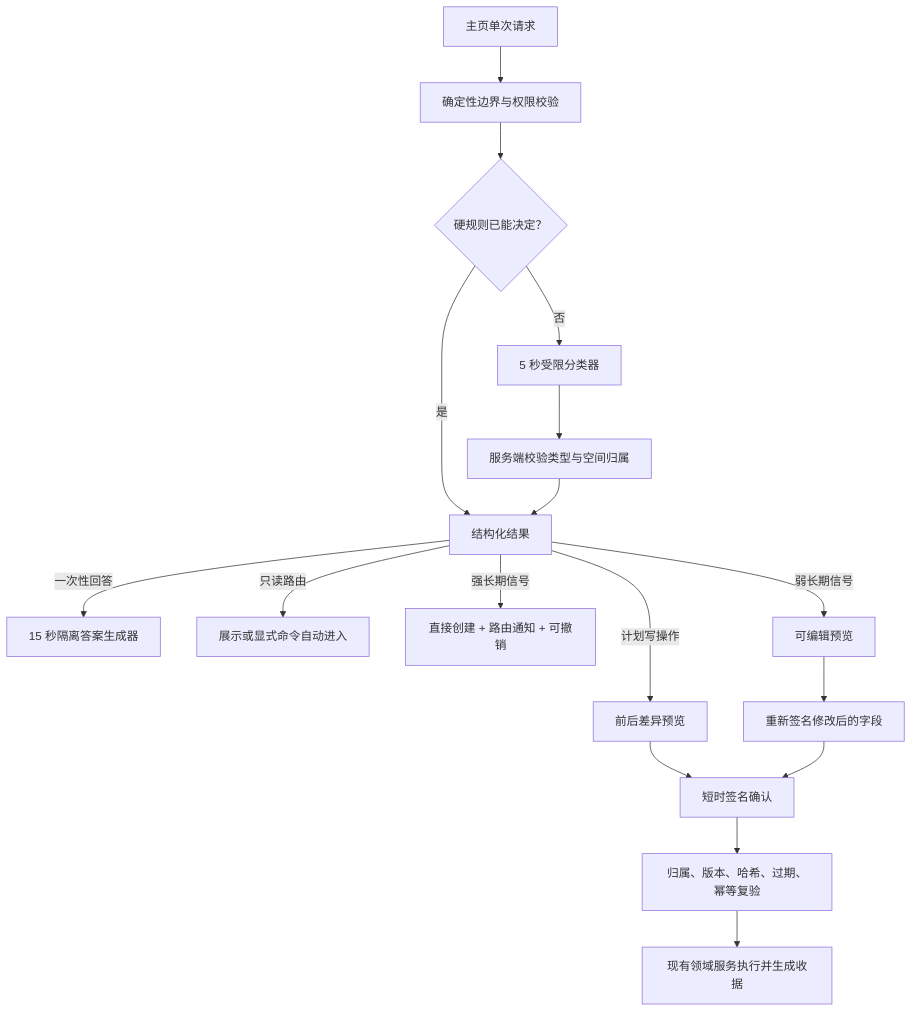
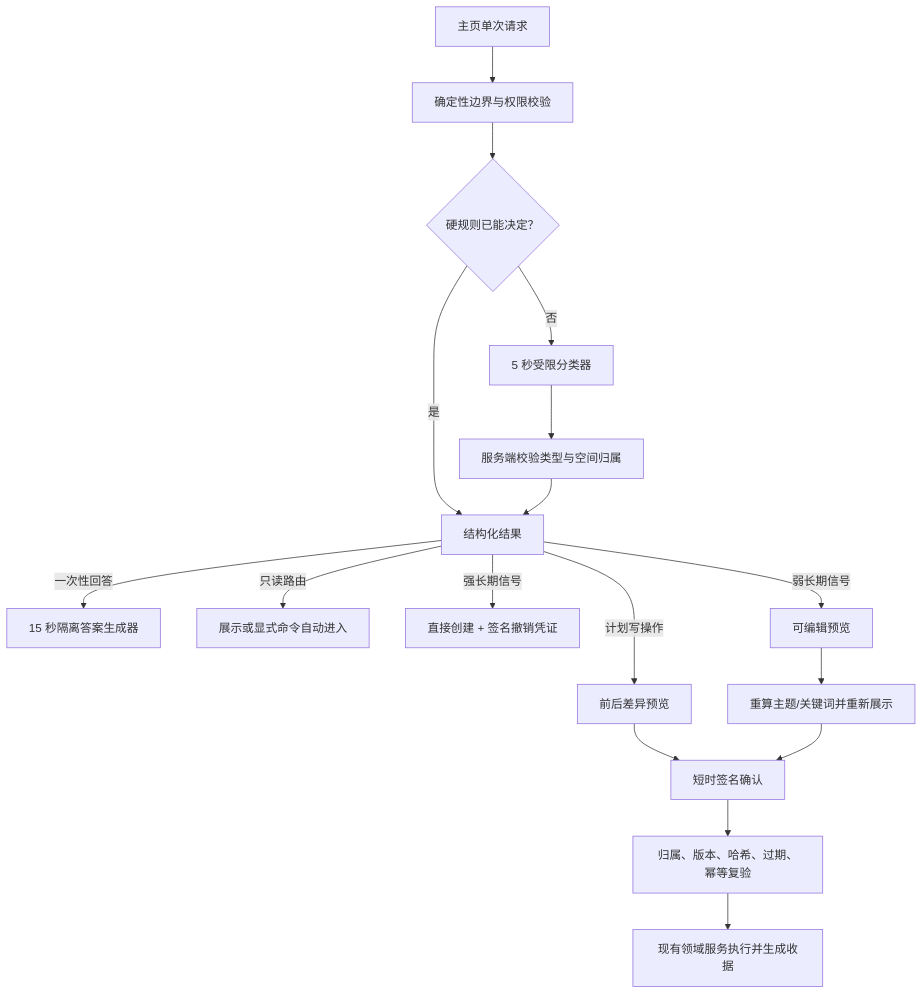
The diagram in docs/product/09-home-supervisor-adversarial-review.md (QingJ01/RefineQ), drawn with Mermaid before and after one commit. The commit also changed other lines of this file and 17 other files, not shown here.

````diff
--- a/docs/product/09-home-supervisor-adversarial-review.md
+++ b/docs/product/09-home-supervisor-adversarial-review.md
@@ -27,19 +27,19 @@
 ```mermaid
 flowchart TD
     A["主页单次请求"] --> B["确定性边界与权限校验"]
     B --> C{"硬规则已能决定？"}
     C -->|是| D["结构化结果"]
     C -->|否| E["5 秒受限分类器"]
     E --> F["服务端校验类型与空间归属"]
     F --> D
     D -->|一次性回答| G["15 秒隔离答案生成器"]
     D -->|只读路由| H["展示或显式命令自动进入"]
-    D -->|强长期信号| I["直接创建 + 路由通知 + 可撤销"]
+    D -->|强长期信号| I["直接创建 + 签名撤销凭证"]
     D -->|弱长期信号| J["可编辑预览"]
     D -->|计划写操作| K["前后差异预览"]
-    J --> L["重新签名修改后的字段"]
+    J --> L["重算主题/关键词并重新展示"]
     K --> M["短时签名确认"]
     L --> M
     M --> N["归属、版本、哈希、过期、幂等复验"]
     N --> O["现有领域服务执行并生成收据"]
 ```
````
